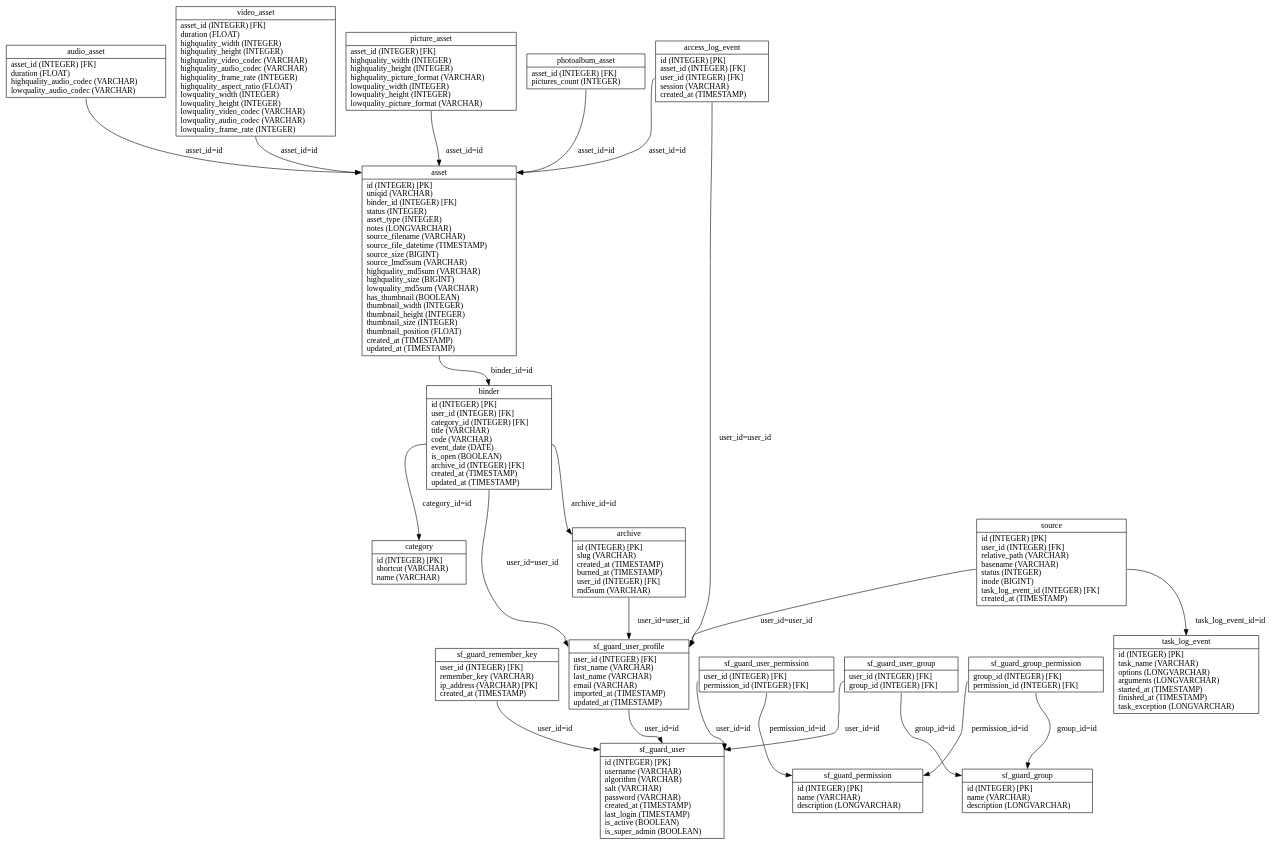
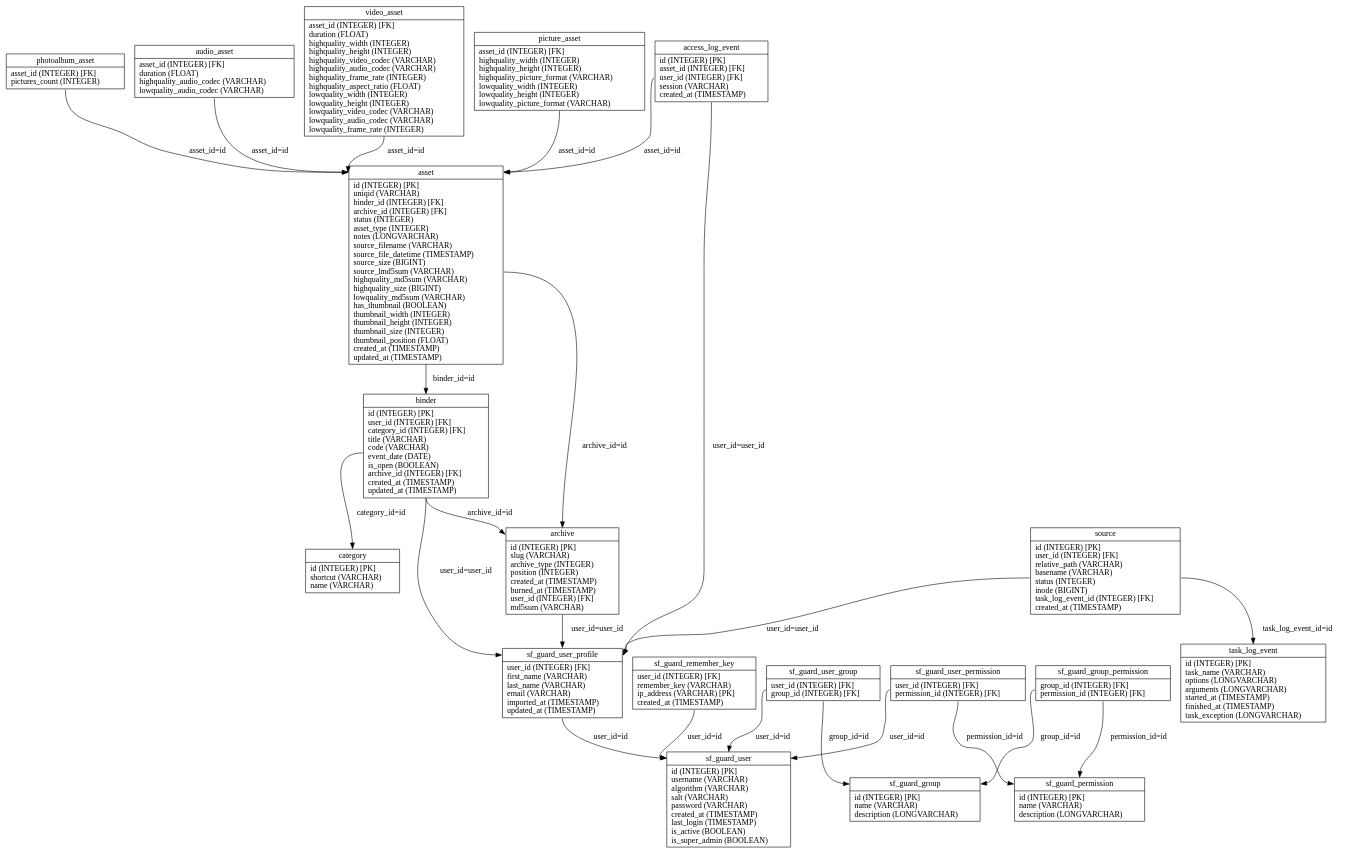
One commit to loristissino/wviola changed the diagram in graph/propel.schema.dot. Above: the diagram before and after it, drawn with Graphviz. The commit also changed 1 other file, not shown here.

```diff
--- a/graph/propel.schema.dot
+++ b/graph/propel.schema.dot
@@ -1,43 +1,44 @@
 digraph G {
 nodesf_guard_user_profile [label="{<table>sf_guard_user_profile|<cols>user_id (INTEGER) [FK]\lfirst_name (VARCHAR)\llast_name (VARCHAR)\lemail (VARCHAR)\limported_at (TIMESTAMP)\lupdated_at (TIMESTAMP)\l}", shape=record];
-nodeasset [label="{<table>asset|<cols>id (INTEGER) [PK]\luniqid (VARCHAR)\lbinder_id (INTEGER) [FK]\lstatus (INTEGER)\lasset_type (INTEGER)\lnotes (LONGVARCHAR)\lsource_filename (VARCHAR)\lsource_file_datetime (TIMESTAMP)\lsource_size (BIGINT)\lsource_lmd5sum (VARCHAR)\lhighquality_md5sum (VARCHAR)\lhighquality_size (BIGINT)\llowquality_md5sum (VARCHAR)\lhas_thumbnail (BOOLEAN)\lthumbnail_width (INTEGER)\lthumbnail_height (INTEGER)\lthumbnail_size (INTEGER)\lthumbnail_position (FLOAT)\lcreated_at (TIMESTAMP)\lupdated_at (TIMESTAMP)\l}", shape=record];
+nodeasset [label="{<table>asset|<cols>id (INTEGER) [PK]\luniqid (VARCHAR)\lbinder_id (INTEGER) [FK]\larchive_id (INTEGER) [FK]\lstatus (INTEGER)\lasset_type (INTEGER)\lnotes (LONGVARCHAR)\lsource_filename (VARCHAR)\lsource_file_datetime (TIMESTAMP)\lsource_size (BIGINT)\lsource_lmd5sum (VARCHAR)\lhighquality_md5sum (VARCHAR)\lhighquality_size (BIGINT)\llowquality_md5sum (VARCHAR)\lhas_thumbnail (BOOLEAN)\lthumbnail_width (INTEGER)\lthumbnail_height (INTEGER)\lthumbnail_size (INTEGER)\lthumbnail_position (FLOAT)\lcreated_at (TIMESTAMP)\lupdated_at (TIMESTAMP)\l}", shape=record];
 nodevideo_asset [label="{<table>video_asset|<cols>asset_id (INTEGER) [FK]\lduration (FLOAT)\lhighquality_width (INTEGER)\lhighquality_height (INTEGER)\lhighquality_video_codec (VARCHAR)\lhighquality_audio_codec (VARCHAR)\lhighquality_frame_rate (INTEGER)\lhighquality_aspect_ratio (FLOAT)\llowquality_width (INTEGER)\llowquality_height (INTEGER)\llowquality_video_codec (VARCHAR)\llowquality_audio_codec (VARCHAR)\llowquality_frame_rate (INTEGER)\l}", shape=record];
 nodepicture_asset [label="{<table>picture_asset|<cols>asset_id (INTEGER) [FK]\lhighquality_width (INTEGER)\lhighquality_height (INTEGER)\lhighquality_picture_format (VARCHAR)\llowquality_width (INTEGER)\llowquality_height (INTEGER)\llowquality_picture_format (VARCHAR)\l}", shape=record];
 nodephotoalbum_asset [label="{<table>photoalbum_asset|<cols>asset_id (INTEGER) [FK]\lpictures_count (INTEGER)\l}", shape=record];
 nodeaudio_asset [label="{<table>audio_asset|<cols>asset_id (INTEGER) [FK]\lduration (FLOAT)\lhighquality_audio_codec (VARCHAR)\llowquality_audio_codec (VARCHAR)\l}", shape=record];
 nodebinder [label="{<table>binder|<cols>id (INTEGER) [PK]\luser_id (INTEGER) [FK]\lcategory_id (INTEGER) [FK]\ltitle (VARCHAR)\lcode (VARCHAR)\levent_date (DATE)\lis_open (BOOLEAN)\larchive_id (INTEGER) [FK]\lcreated_at (TIMESTAMP)\lupdated_at (TIMESTAMP)\l}", shape=record];
-nodearchive [label="{<table>archive|<cols>id (INTEGER) [PK]\lslug (VARCHAR)\lcreated_at (TIMESTAMP)\lburned_at (TIMESTAMP)\luser_id (INTEGER) [FK]\lmd5sum (VARCHAR)\l}", shape=record];
+nodearchive [label="{<table>archive|<cols>id (INTEGER) [PK]\lslug (VARCHAR)\larchive_type (INTEGER)\lposition (INTEGER)\lcreated_at (TIMESTAMP)\lburned_at (TIMESTAMP)\luser_id (INTEGER) [FK]\lmd5sum (VARCHAR)\l}", shape=record];
 nodecategory [label="{<table>category|<cols>id (INTEGER) [PK]\lshortcut (VARCHAR)\lname (VARCHAR)\l}", shape=record];
 nodeaccess_log_event [label="{<table>access_log_event|<cols>id (INTEGER) [PK]\lasset_id (INTEGER) [FK]\luser_id (INTEGER) [FK]\lsession (VARCHAR)\lcreated_at (TIMESTAMP)\l}", shape=record];
 nodetask_log_event [label="{<table>task_log_event|<cols>id (INTEGER) [PK]\ltask_name (VARCHAR)\loptions (LONGVARCHAR)\larguments (LONGVARCHAR)\lstarted_at (TIMESTAMP)\lfinished_at (TIMESTAMP)\ltask_exception (LONGVARCHAR)\l}", shape=record];
 nodesource [label="{<table>source|<cols>id (INTEGER) [PK]\luser_id (INTEGER) [FK]\lrelative_path (VARCHAR)\lbasename (VARCHAR)\lstatus (INTEGER)\linode (BIGINT)\ltask_log_event_id (INTEGER) [FK]\lcreated_at (TIMESTAMP)\l}", shape=record];
 nodesf_guard_group [label="{<table>sf_guard_group|<cols>id (INTEGER) [PK]\lname (VARCHAR)\ldescription (LONGVARCHAR)\l}", shape=record];
 nodesf_guard_permission [label="{<table>sf_guard_permission|<cols>id (INTEGER) [PK]\lname (VARCHAR)\ldescription (LONGVARCHAR)\l}", shape=record];
 nodesf_guard_group_permission [label="{<table>sf_guard_group_permission|<cols>group_id (INTEGER) [FK]\lpermission_id (INTEGER) [FK]\l}", shape=record];
 nodesf_guard_user [label="{<table>sf_guard_user|<cols>id (INTEGER) [PK]\lusername (VARCHAR)\lalgorithm (VARCHAR)\lsalt (VARCHAR)\lpassword (VARCHAR)\lcreated_at (TIMESTAMP)\llast_login (TIMESTAMP)\lis_active (BOOLEAN)\lis_super_admin (BOOLEAN)\l}", shape=record];
 nodesf_guard_user_permission [label="{<table>sf_guard_user_permission|<cols>user_id (INTEGER) [FK]\lpermission_id (INTEGER) [FK]\l}", shape=record];
 nodesf_guard_user_group [label="{<table>sf_guard_user_group|<cols>user_id (INTEGER) [FK]\lgroup_id (INTEGER) [FK]\l}", shape=record];
 nodesf_guard_remember_key [label="{<table>sf_guard_remember_key|<cols>user_id (INTEGER) [FK]\lremember_key (VARCHAR)\lip_address (VARCHAR) [PK]\lcreated_at (TIMESTAMP)\l}", shape=record];
 
 nodesf_guard_user_profile:cols -> nodesf_guard_user:table [label="user_id=id "];
 nodeasset:cols -> nodebinder:table [label="binder_id=id "];
+nodeasset:cols -> nodearchive:table [label="archive_id=id "];
 nodevideo_asset:cols -> nodeasset:table [label="asset_id=id "];
 nodepicture_asset:cols -> nodeasset:table [label="asset_id=id "];
 nodephotoalbum_asset:cols -> nodeasset:table [label="asset_id=id "];
 nodeaudio_asset:cols -> nodeasset:table [label="asset_id=id "];
 nodebinder:cols -> nodesf_guard_user_profile:table [label="user_id=user_id "];
 nodebinder:cols -> nodecategory:table [label="category_id=id "];
 nodebinder:cols -> nodearchive:table [label="archive_id=id "];
 nodearchive:cols -> nodesf_guard_user_profile:table [label="user_id=user_id "];
 nodeaccess_log_event:cols -> nodeasset:table [label="asset_id=id "];
 nodeaccess_log_event:cols -> nodesf_guard_user_profile:table [label="user_id=user_id "];
 nodesource:cols -> nodesf_guard_user_profile:table [label="user_id=user_id "];
 nodesource:cols -> nodetask_log_event:table [label="task_log_event_id=id "];
 nodesf_guard_group_permission:cols -> nodesf_guard_group:table [label="group_id=id "];
 nodesf_guard_group_permission:cols -> nodesf_guard_permission:table [label="permission_id=id "];
 nodesf_guard_user_permission:cols -> nodesf_guard_user:table [label="user_id=id "];
 nodesf_guard_user_permission:cols -> nodesf_guard_permission:table [label="permission_id=id "];
 nodesf_guard_user_group:cols -> nodesf_guard_user:table [label="user_id=id "];
 nodesf_guard_user_group:cols -> nodesf_guard_group:table [label="group_id=id "];
 nodesf_guard_remember_key:cols -> nodesf_guard_user:table [label="user_id=id "];
 }
```
